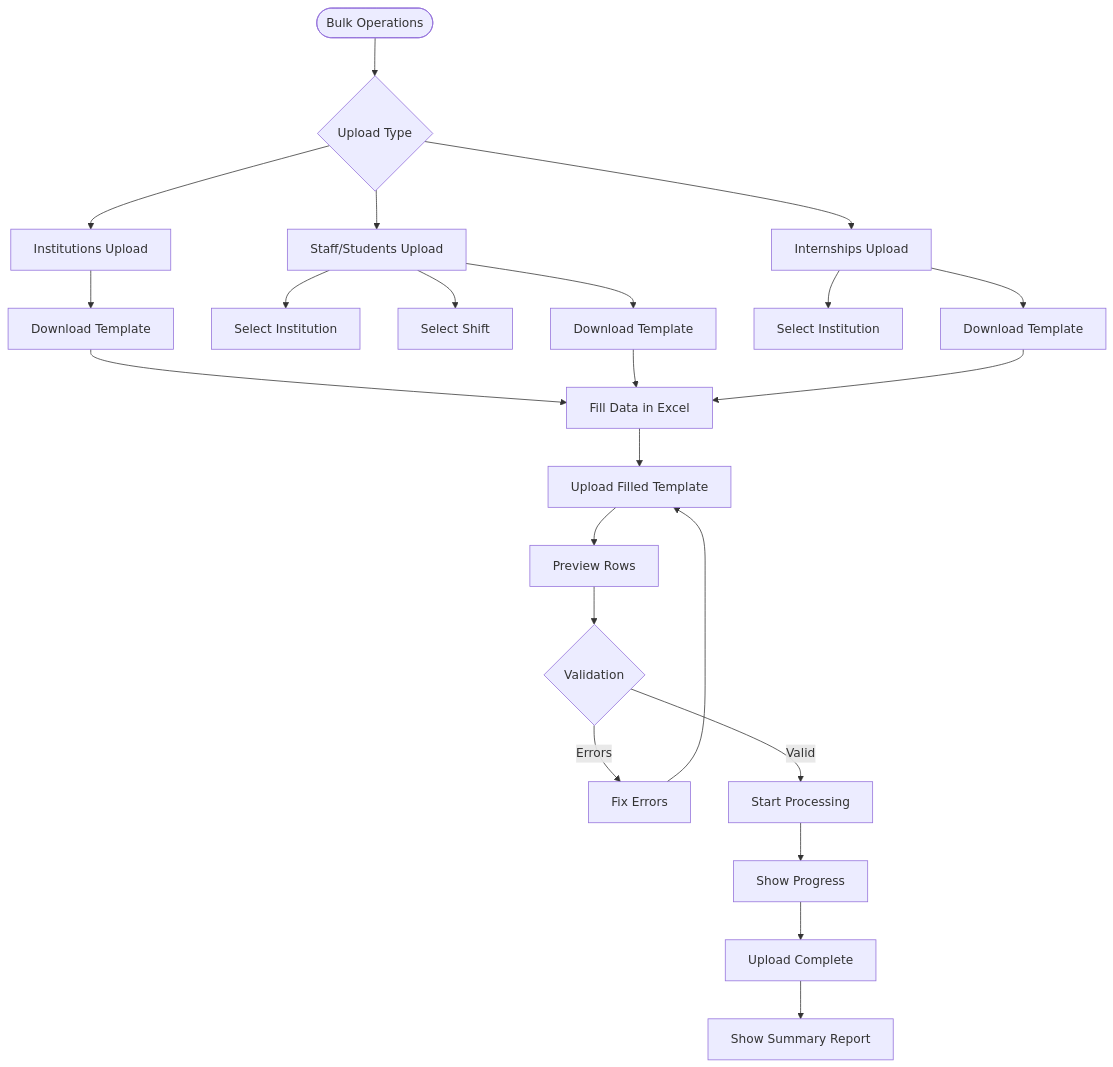
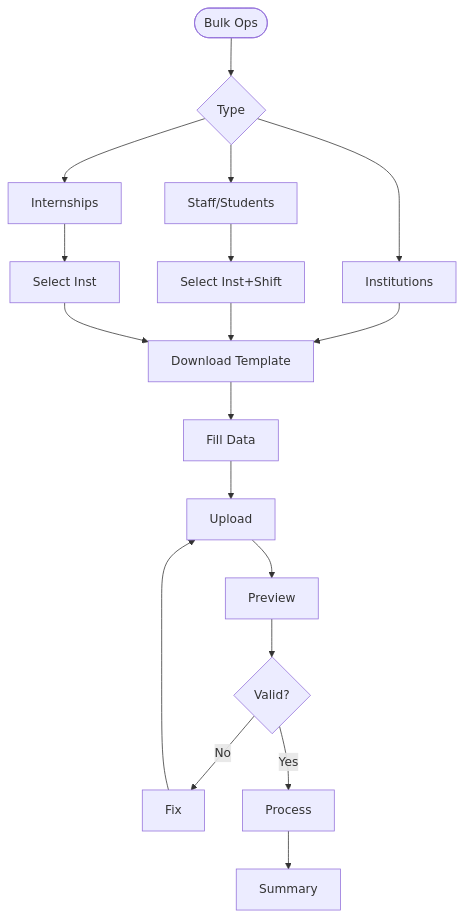
Diagram 11 of 58 in INTERNSHIP_PORTAL_FLOW_DIAGRAMS.md (gunjangupta-gh/placeintern), drawn with Mermaid before and after one commit. The commit also changed other lines of this file and 6 other files, not shown here.

````diff
--- a/INTERNSHIP_PORTAL_FLOW_DIAGRAMS.md
+++ b/INTERNSHIP_PORTAL_FLOW_DIAGRAMS.md
@@ -364,29 +183,10 @@
 ```mermaid
 flowchart TD
-    BULK([Bulk Operations]) --> TYPE{Upload Type}
-
-    TYPE --> INST_UPLOAD[Institutions Upload]
-    TYPE --> USER_UPLOAD[Staff/Students Upload]
-    TYPE --> INTERN_UPLOAD[Internships Upload]
-
-    INST_UPLOAD --> DOWNLOAD_TEMP1[Download Template]
-    USER_UPLOAD --> SELECT_INST[Select Institution]
-    USER_UPLOAD --> SELECT_SHIFT[Select Shift]
-    USER_UPLOAD --> DOWNLOAD_TEMP2[Download Template]
-    INTERN_UPLOAD --> SELECT_INST2[Select Institution]
-    INTERN_UPLOAD --> DOWNLOAD_TEMP3[Download Template]
-
-    DOWNLOAD_TEMP1 --> FILL_DATA[Fill Data in Excel]
-    DOWNLOAD_TEMP2 --> FILL_DATA
-    DOWNLOAD_TEMP3 --> FILL_DATA
-
-    FILL_DATA --> UPLOAD[Upload Filled Template]
-    UPLOAD --> PREVIEW[Preview Rows]
-    PREVIEW --> VALIDATE{Validation}
-    VALIDATE --> |Errors| FIX[Fix Errors]
-    FIX --> UPLOAD
-    VALIDATE --> |Valid| PROCESS[Start Processing]
-    PROCESS --> PROGRESS[Show Progress]
-    PROGRESS --> COMPLETE[Upload Complete]
-    COMPLETE --> SUMMARY[Show Summary Report]
+    A([Bulk Ops])-->B{Type}
+    B-->C[Institutions]
+    B-->D[Staff/Students]-->D1[Select Inst+Shift]
+    B-->E[Internships]-->E1[Select Inst]
+    C & D1 & E1-->F[Download Template]-->G[Fill Data]-->H[Upload]-->I[Preview]-->J{Valid?}
+    J-->|No|K[Fix]-->H
+    J-->|Yes|L[Process]-->M[Summary]
 ```
````
